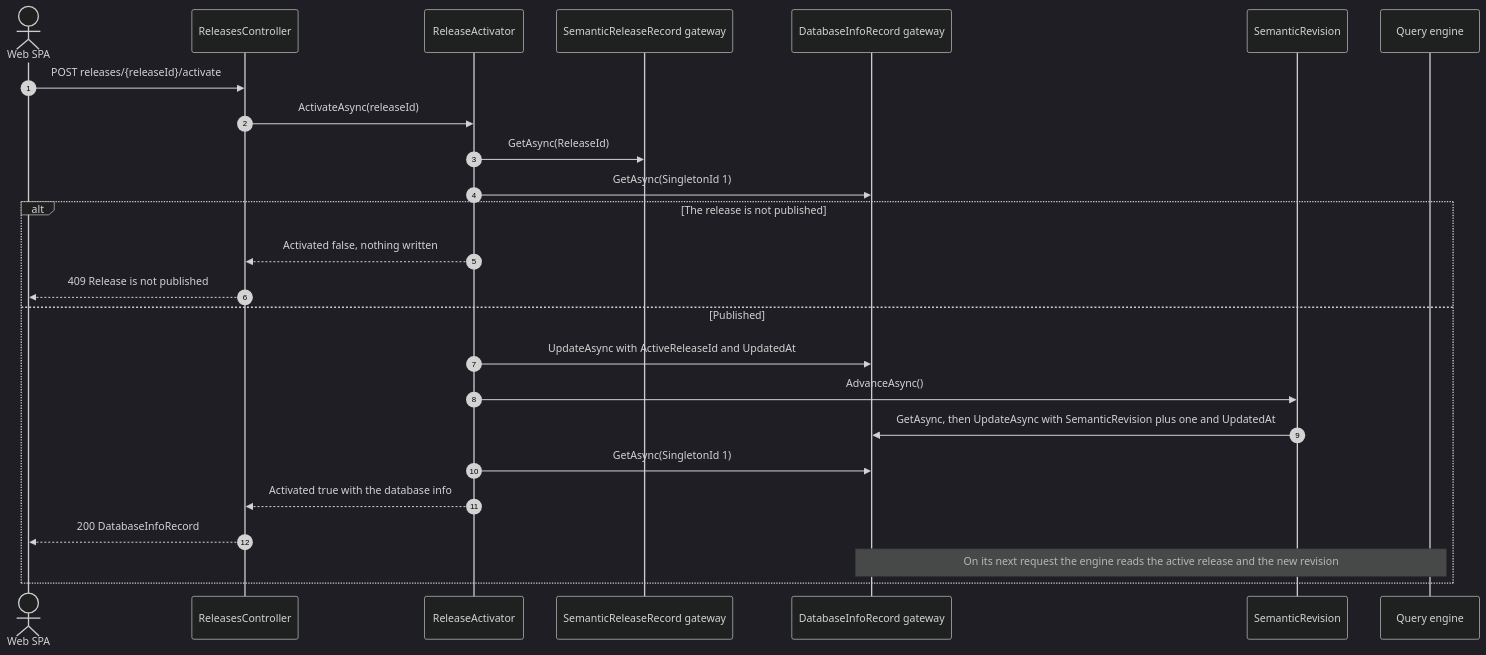
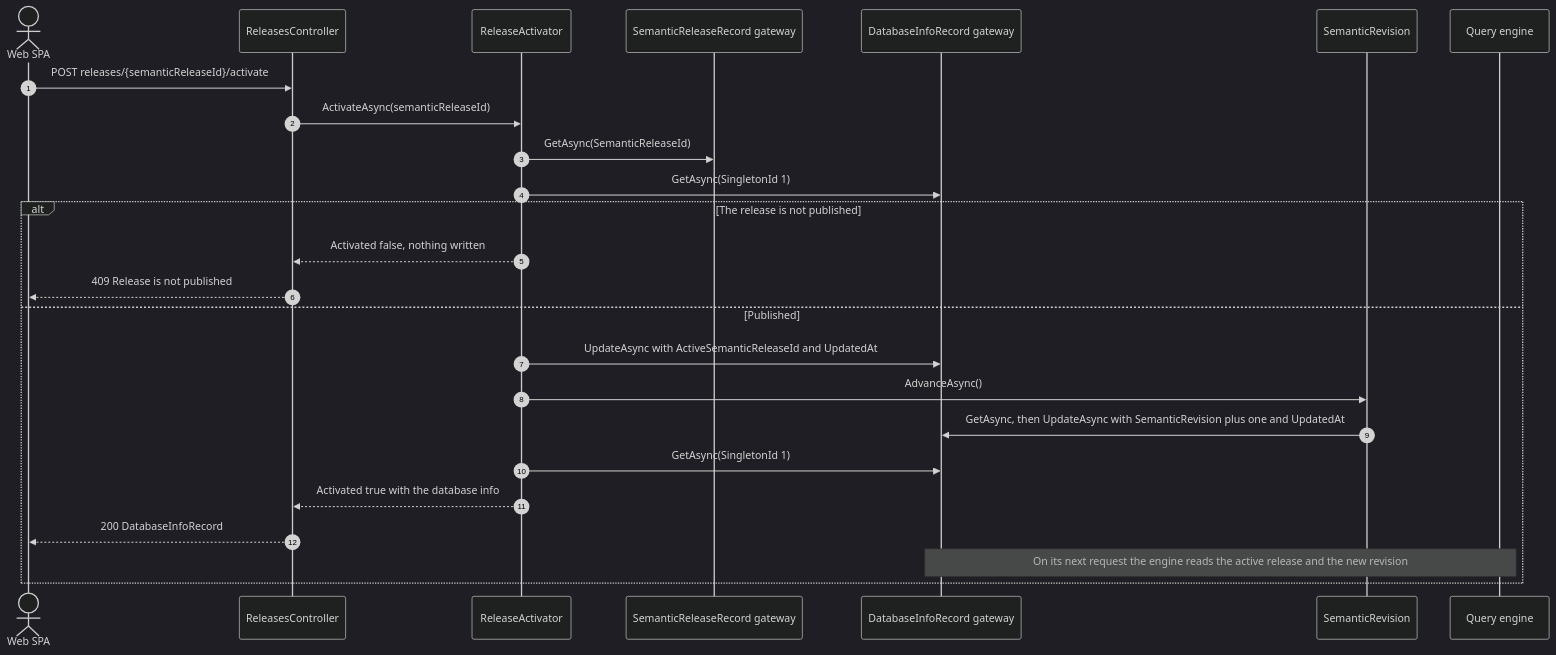
One commit to chrisaliotta/Quantalytix.QueryEngine.Admin changed the eighth of 13 diagrams in api/docs/architecture/06-key-actions.md. Above: the diagram before and after it, drawn with Mermaid (dark theme). The commit also changed other lines of this file and 307 other files, not shown here.

First line of the commit message:
refactor - update API documentation and architecture for calculation models and releases

````diff
--- a/api/docs/architecture/06-key-actions.md
+++ b/api/docs/architecture/06-key-actions.md
@@ -307,27 +307,27 @@
 ```mermaid
 sequenceDiagram
     autonumber
     actor Client as Web SPA
     participant Ctl as ReleasesController
     participant Act as ReleaseActivator
     participant Releases as SemanticReleaseRecord gateway
     participant Info as DatabaseInfoRecord gateway
     participant Rev as SemanticRevision
     participant Engine as Query engine
-    Client->>Ctl: POST releases/{releaseId}/activate
-    Ctl->>Act: ActivateAsync(releaseId)
-    Act->>Releases: GetAsync(ReleaseId)
+    Client->>Ctl: POST releases/{semanticReleaseId}/activate
+    Ctl->>Act: ActivateAsync(semanticReleaseId)
+    Act->>Releases: GetAsync(SemanticReleaseId)
     Act->>Info: GetAsync(SingletonId 1)
     alt The release is not published
         Act-->>Ctl: Activated false, nothing written
         Ctl-->>Client: 409 Release is not published
     else Published
-        Act->>Info: UpdateAsync with ActiveReleaseId and UpdatedAt
+        Act->>Info: UpdateAsync with ActiveSemanticReleaseId and UpdatedAt
         Act->>Rev: AdvanceAsync()
         Rev->>Info: GetAsync, then UpdateAsync with SemanticRevision plus one and UpdatedAt
         Act->>Info: GetAsync(SingletonId 1)
         Act-->>Ctl: Activated true with the database info
         Ctl-->>Client: 200 DatabaseInfoRecord
         Note over Engine,Info: On its next request the engine reads the active release and the new revision
     end
 ```
````
